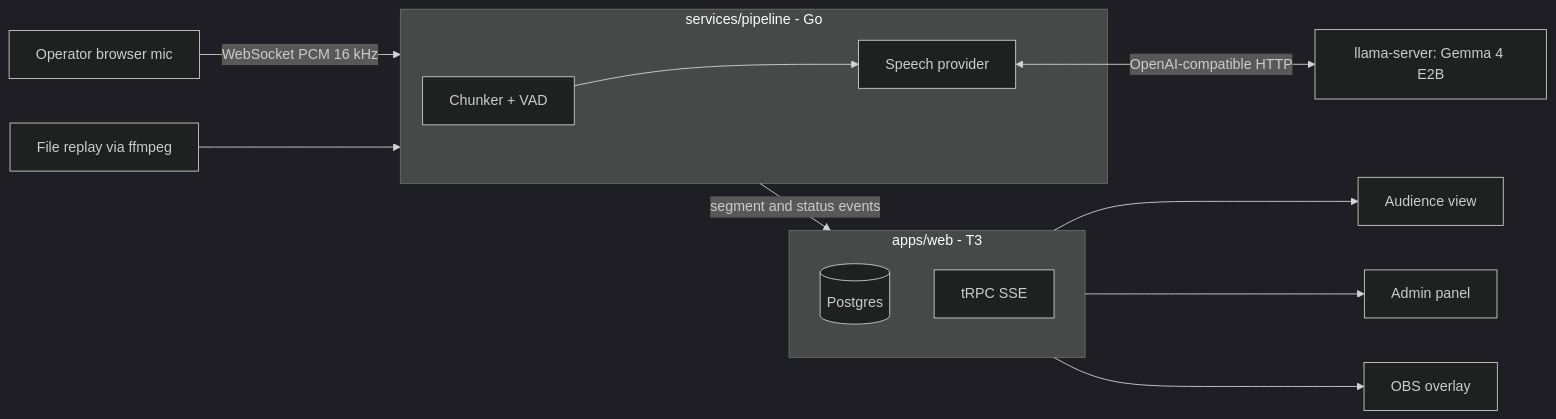
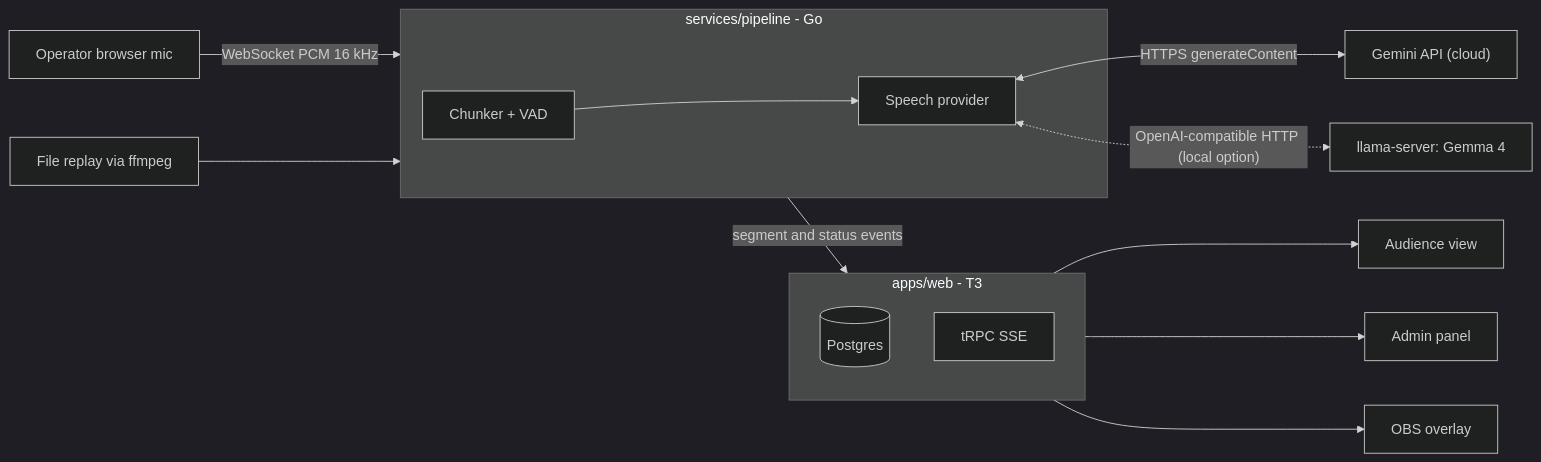
Before and after one commit to Rpetey317/tower-of-babbage: the diagram in README.md, drawn with Mermaid (dark theme). The commit also changed other lines of this file and 11 other files, not shown here.

First line of the commit message:
docs: point demo and MVP at the Gemini provider

````diff
--- a/README.md
+++ b/README.md
@@ -25,17 +26,18 @@
 ```mermaid
 flowchart LR
   Mic[Operator browser mic] -->|"WebSocket PCM 16 kHz"| Pipeline
   Replay[File replay via ffmpeg] --> Pipeline
   subgraph Pipeline [services/pipeline - Go]
     Chunker[Chunker + VAD] --> Provider[Speech provider]
   end
-  Provider <-->|"OpenAI-compatible HTTP"| Llama["llama-server: Gemma 4 E2B"]
+  Provider <-->|"HTTPS generateContent"| Gemini["Gemini API (cloud)"]
+  Provider <-.->|"OpenAI-compatible HTTP (local option)"| Llama["llama-server: Gemma 4"]
   Pipeline -->|"segment and status events"| Web
   subgraph Web [apps/web - T3]
     DB[(Postgres)]
     SSE[tRPC SSE]
   end
   Web --> Audience[Audience view]
   Web --> Admin[Admin panel]
   Web --> Overlay[OBS overlay]
 ```
````
